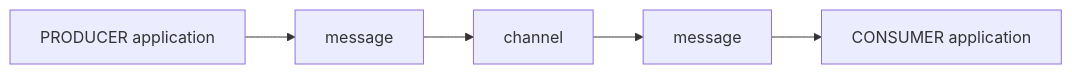
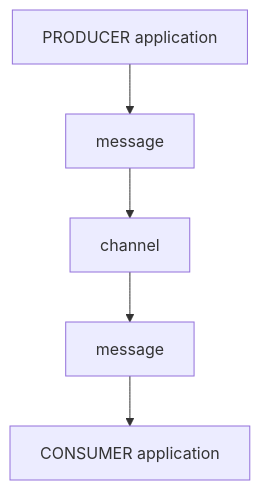
Before and after one commit to asyncapi/website: the diagram in pages/docs/concepts/application.md, drawn with Mermaid.

````diff
--- a/pages/docs/concepts/application.md
+++ b/pages/docs/concepts/application.md
@@ -16,7 +16,7 @@
 ```mermaid
-flowchart LR
+flowchart TD
         A[PRODUCER application] --> B[message] 
         B --> C[channel] 
         C --> D[message] 
         D --> F[CONSUMER application]
 ```
````
